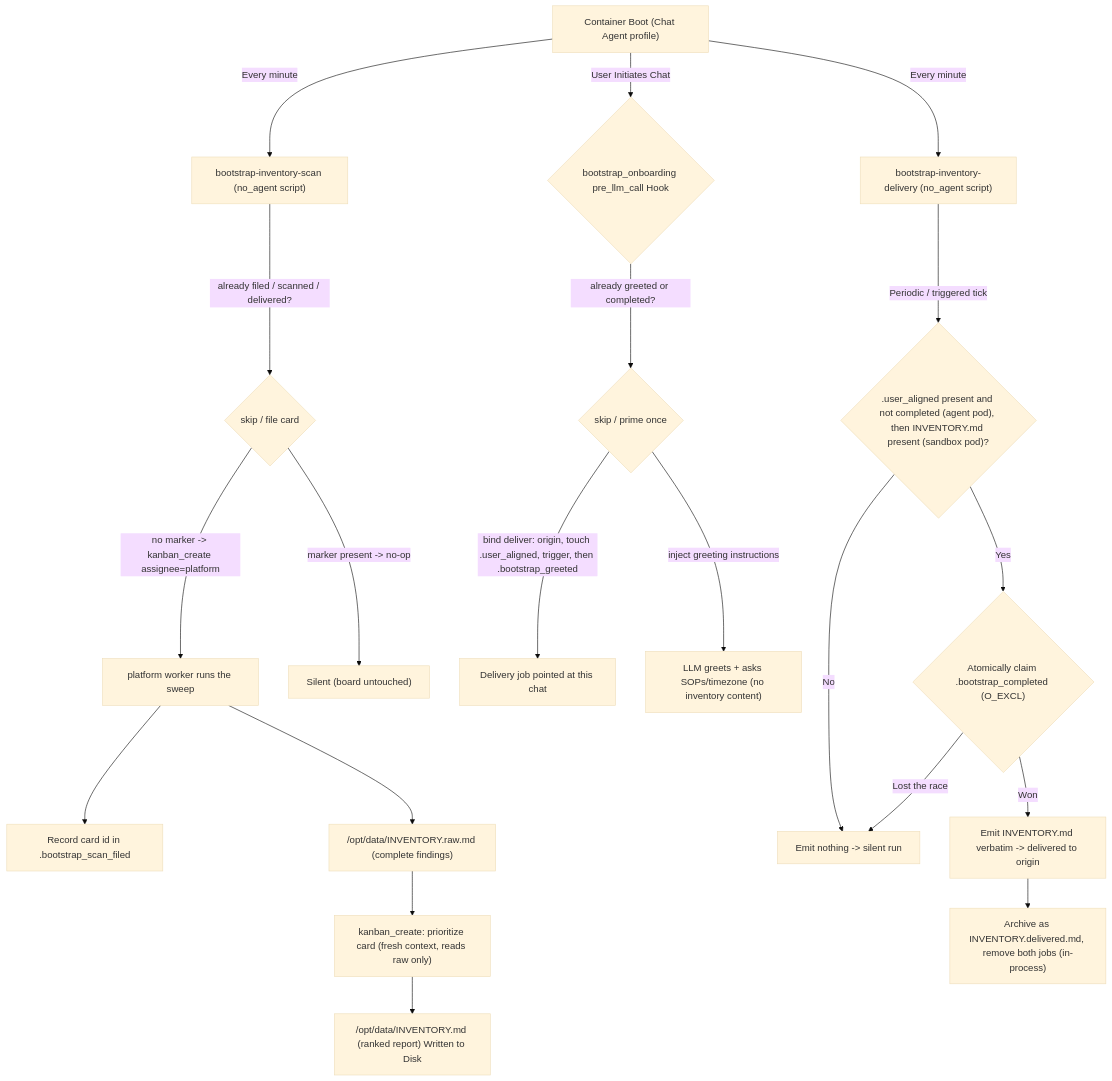
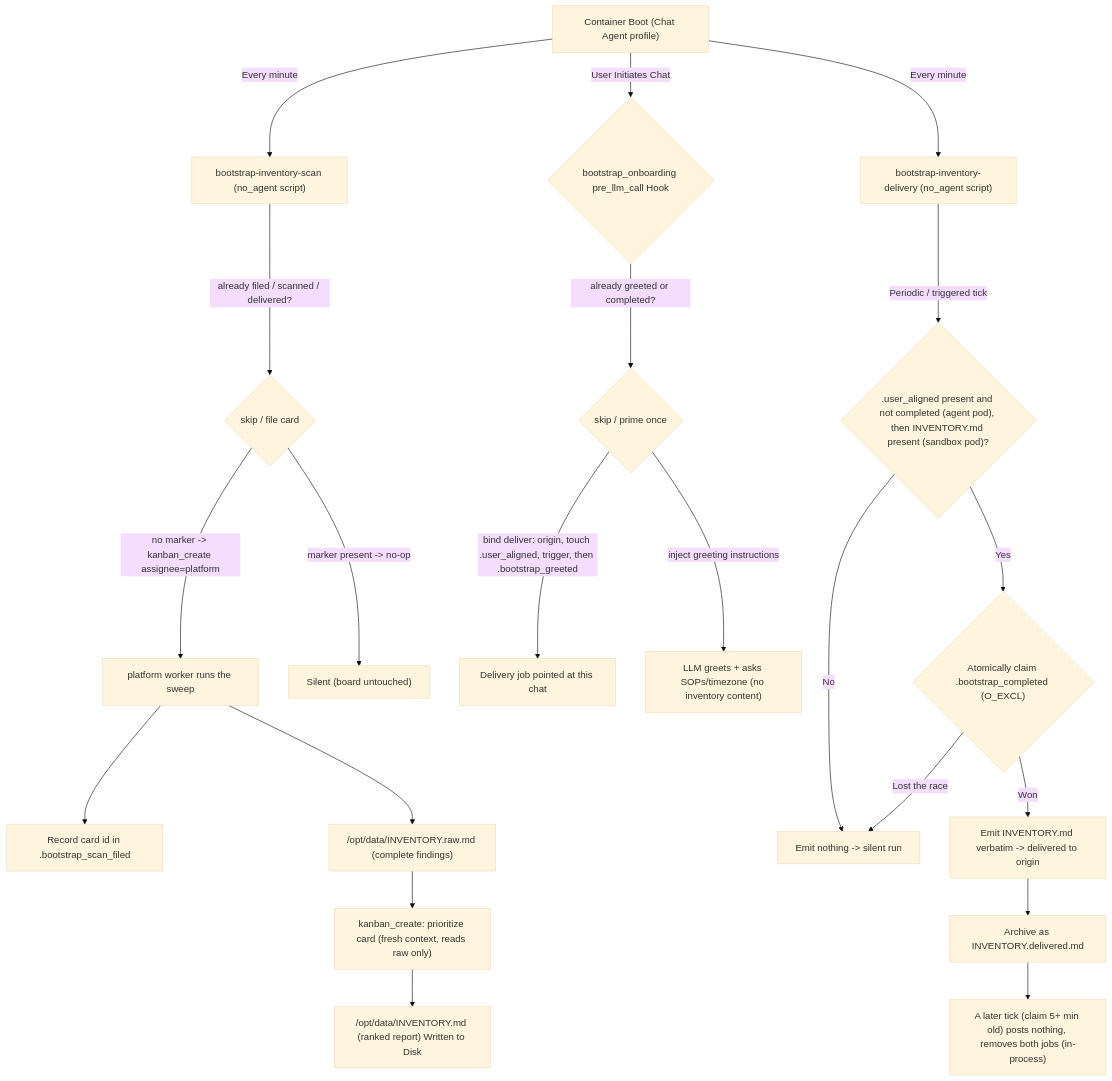
One commit to toshiowang/kube-agents changed the first of 3 diagrams in agents/chat/defaults/plugins/bootstrap_onboarding/README.md. Above: the diagram before and after it, drawn with Mermaid (base theme). The commit also changed other lines of this file and 6 other files, not shown here.

````diff
--- a/agents/chat/defaults/plugins/bootstrap_onboarding/README.md
+++ b/agents/chat/defaults/plugins/bootstrap_onboarding/README.md
@@ -49,25 +49,26 @@
 ```mermaid
 graph TD
     A["Container Boot (Chat Agent profile)"] -->|Every minute| B["bootstrap-inventory-scan (no_agent script)"]
     A -->|Every minute| C["bootstrap-inventory-delivery (no_agent script)"]
     A -->|User Initiates Chat| D{"bootstrap_onboarding pre_llm_call Hook"}
 
     B -->|already filed / scanned / delivered?| B2{"skip / file card"}
     B2 -->|no marker -> kanban_create assignee=platform| P["platform worker runs the sweep"]
     P --> PM["Record card id in .bootstrap_scan_filed"]
     P --> R["/opt/data/INVENTORY.raw.md (complete findings)"]
     R --> Q["kanban_create: prioritize card (fresh context, reads raw only)"]
     Q --> E["/opt/data/INVENTORY.md (ranked report) Written to Disk"]
     B2 -->|marker present -> no-op| F["Silent (board untouched)"]
 
     D -->|already greeted or completed?| DG{"skip / prime once"}
     DG -->|bind deliver: origin, touch .user_aligned, trigger, then .bootstrap_greeted| G["Delivery job pointed at this chat"]
     DG -->|inject greeting instructions| H["LLM greets + asks SOPs/timezone (no inventory content)"]
 
     C -->|Periodic / triggered tick| I{".user_aligned present and not completed (agent pod), then INVENTORY.md present (sandbox pod)?"}
     I -->|No| J["Emit nothing -> silent run"]
     I -->|Yes| CL{"Atomically claim .bootstrap_completed (O_EXCL)"}
     CL -->|Lost the race| J
     CL -->|Won| K["Emit INVENTORY.md verbatim -> delivered to origin"]
-    K --> L["Archive as INVENTORY.delivered.md, remove both jobs (in-process)"]
+    K --> L["Archive as INVENTORY.delivered.md"]
+    L --> RT["A later tick (claim 5+ min old) posts nothing, removes both jobs (in-process)"]
 ```
````
